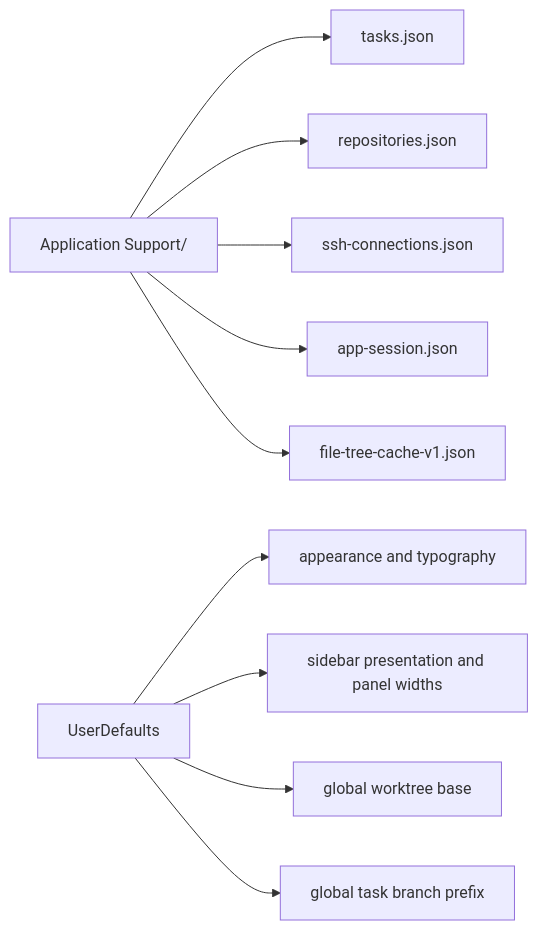
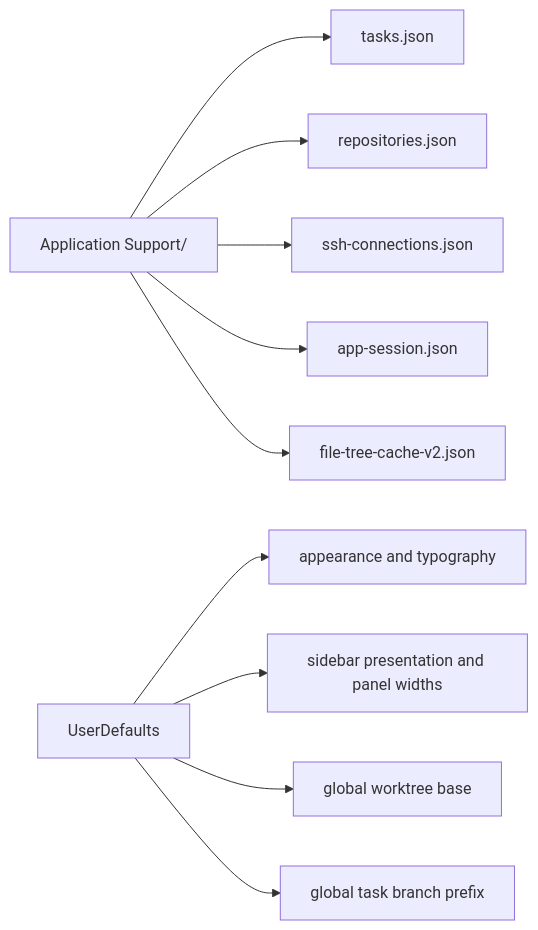
The third of 5 diagrams in docs/application-architecture.md (gh0stonio/pinata), drawn with Mermaid before and after one commit. The commit also changed other lines of this file and 21 other files, not shown here.

````diff
--- a/docs/application-architecture.md
+++ b/docs/application-architecture.md
@@ -108,12 +114,12 @@
 ```mermaid
 flowchart LR
     AppSupport[Application Support/<bundle-id>] --> Tasks[tasks.json]
     AppSupport --> Repos[repositories.json]
     AppSupport --> Connections[ssh-connections.json]
     AppSupport --> Session[app-session.json]
-    AppSupport --> FileTree[file-tree-cache-v1.json]
+    AppSupport --> FileTree[file-tree-cache-v2.json]
     Defaults[UserDefaults] --> Appearance[appearance and typography]
     Defaults --> Panels[sidebar presentation and panel widths]
     Defaults --> WorktreeDefault[global worktree base]
     Defaults --> BranchPrefix[global task branch prefix]
 ```
````
